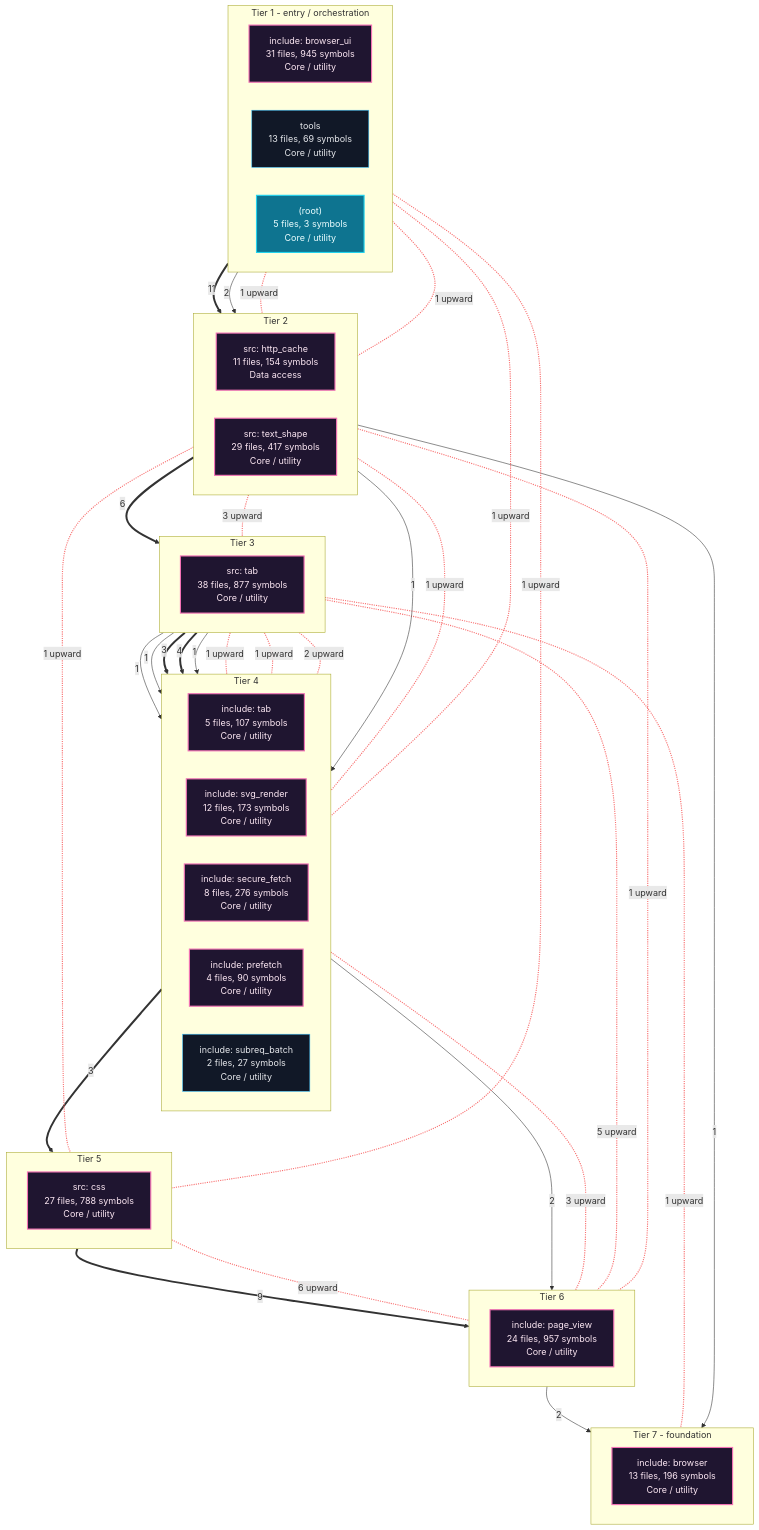
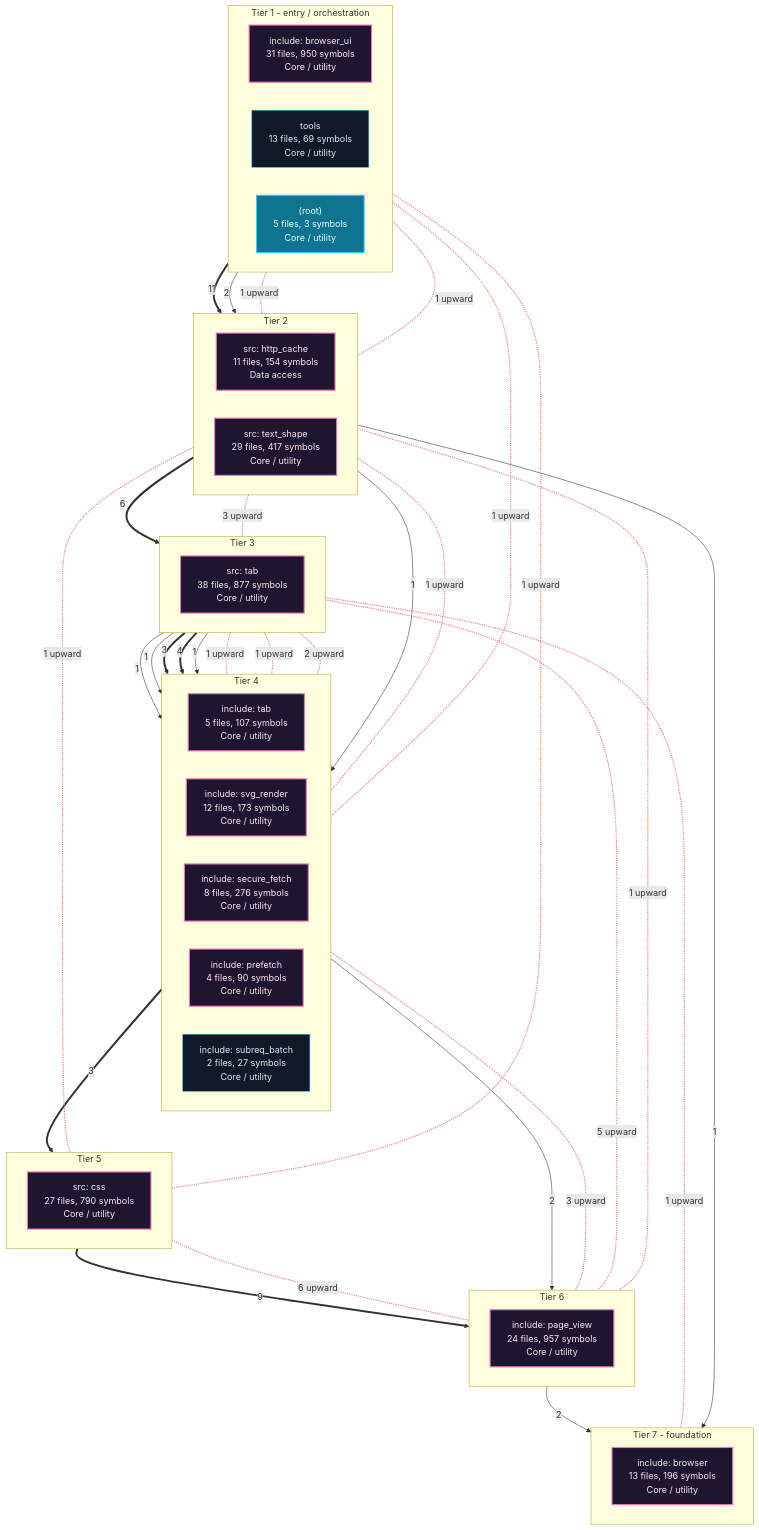
Before and after one commit to grisuno/FreeDom: the first of 6 diagrams in readmenator-apidocs/architecture.md, drawn with Mermaid. The commit also changed 134 other files, not shown here.

````diff
--- a/readmenator-apidocs/architecture.md
+++ b/readmenator-apidocs/architecture.md
@@ -11,77 +11,77 @@
 ```mermaid
 flowchart TB
     classDef cycle fill:#1f1530,stroke:#f472b6,color:#fce7f3,stroke-width:2px;
     classDef default fill:#111827,stroke:#38bdf8,color:#e5e7eb;
     classDef entry fill:#0e7490,stroke:#22d3ee,color:#ecfeff,stroke-width:2px;
     subgraph lane_0["Tier 1 - entry / orchestration"]
         direction LR
-        n_c1["include: browser_ui<br/>31 files, 945 symbols<br/>Core / utility"]:::cycle
+        n_c1["include: browser_ui<br/>31 files, 950 symbols<br/>Core / utility"]:::cycle
         n_d_tools["tools<br/>13 files, 69 symbols<br/>Core / utility"]:::default
         n_d__root_["(root)<br/>5 files, 3 symbols<br/>Core / utility"]:::entry
     end
     subgraph lane_1["Tier 2"]
         direction LR
         n_c7["src: http_cache<br/>11 files, 154 symbols<br/>Data access"]:::cycle
         n_c2["src: text_shape<br/>29 files, 417 symbols<br/>Core / utility"]:::cycle
     end
     subgraph lane_2["Tier 3"]
         direction LR
         n_c0["src: tab<br/>38 files, 877 symbols<br/>Core / utility"]:::cycle
     end
     subgraph lane_3["Tier 4"]
         direction LR
         n_c9["include: tab<br/>5 files, 107 symbols<br/>Core / utility"]:::cycle
         n_c6["include: svg_render<br/>12 files, 173 symbols<br/>Core / utility"]:::cycle
         n_c8["include: secure_fetch<br/>8 files, 276 symbols<br/>Core / utility"]:::cycle
         n_c10["include: prefetch<br/>4 files, 90 symbols<br/>Core / utility"]:::cycle
         n_c11["include: subreq_batch<br/>2 files, 27 symbols<br/>Core / utility"]:::default
     end
     subgraph lane_4["Tier 5"]
         direction LR
-        n_c3["src: css<br/>27 files, 788 symbols<br/>Core / utility"]:::cycle
+        n_c3["src: css<br/>27 files, 790 symbols<br/>Core / utility"]:::cycle
     end
     subgraph lane_5["Tier 6"]
         direction LR
         n_c4["include: page_view<br/>24 files, 957 symbols<br/>Core / utility"]:::cycle
     end
     subgraph lane_6["Tier 7 - foundation"]
         direction LR
         n_c5["include: browser<br/>13 files, 196 symbols<br/>Core / utility"]:::cycle
     end
     n_c0 -->|"1"| n_c10
     n_c0 -->|"1"| n_c11
     n_c0 ==>|"3"| n_c6
     n_c0 ==>|"4"| n_c8
     n_c0 -->|"1"| n_c9
     n_c1 ==>|"11"| n_c2
     n_c1 -->|"2"| n_c7
     n_c2 ==>|"6"| n_c0
     n_c3 ==>|"9"| n_c4
     n_c4 -->|"2"| n_c5
     n_c6 ==>|"3"| n_c3
     n_c7 -->|"1"| n_c5
     n_c7 -->|"1"| n_c8
     n_c9 -->|"2"| n_c4
     n_c2 <-.-|"3 upward"| n_c0
     n_c0 <-.-|"1 upward"| n_c10
     n_c1 <-.-|"1 upward"| n_c2
     n_c1 <-.-|"1 upward"| n_c3
     n_c2 <-.-|"1 upward"| n_c3
     n_c0 <-.-|"5 upward"| n_c4
     n_c2 <-.-|"1 upward"| n_c4
     n_c3 <-.-|"6 upward"| n_c4
     n_c6 <-.-|"3 upward"| n_c4
     n_c0 <-.-|"1 upward"| n_c5
     n_c1 <-.-|"1 upward"| n_c6
     n_c1 <-.-|"1 upward"| n_c7
     n_c0 <-.-|"1 upward"| n_c8
     n_c2 <-.-|"1 upward"| n_c8
     n_c0 <-.-|"2 upward"| n_c9
     linkStyle 14,15,16,17,18,19,20,21,22,23,24,25,26,27,28 stroke:#f87171,stroke-width:2px;
     n_c1 ~~~ n_c7
     n_c7 ~~~ n_c0
     n_c0 ~~~ n_c9
     n_c9 ~~~ n_c3
     n_c3 ~~~ n_c4
     n_c4 ~~~ n_c5
 ```
````
